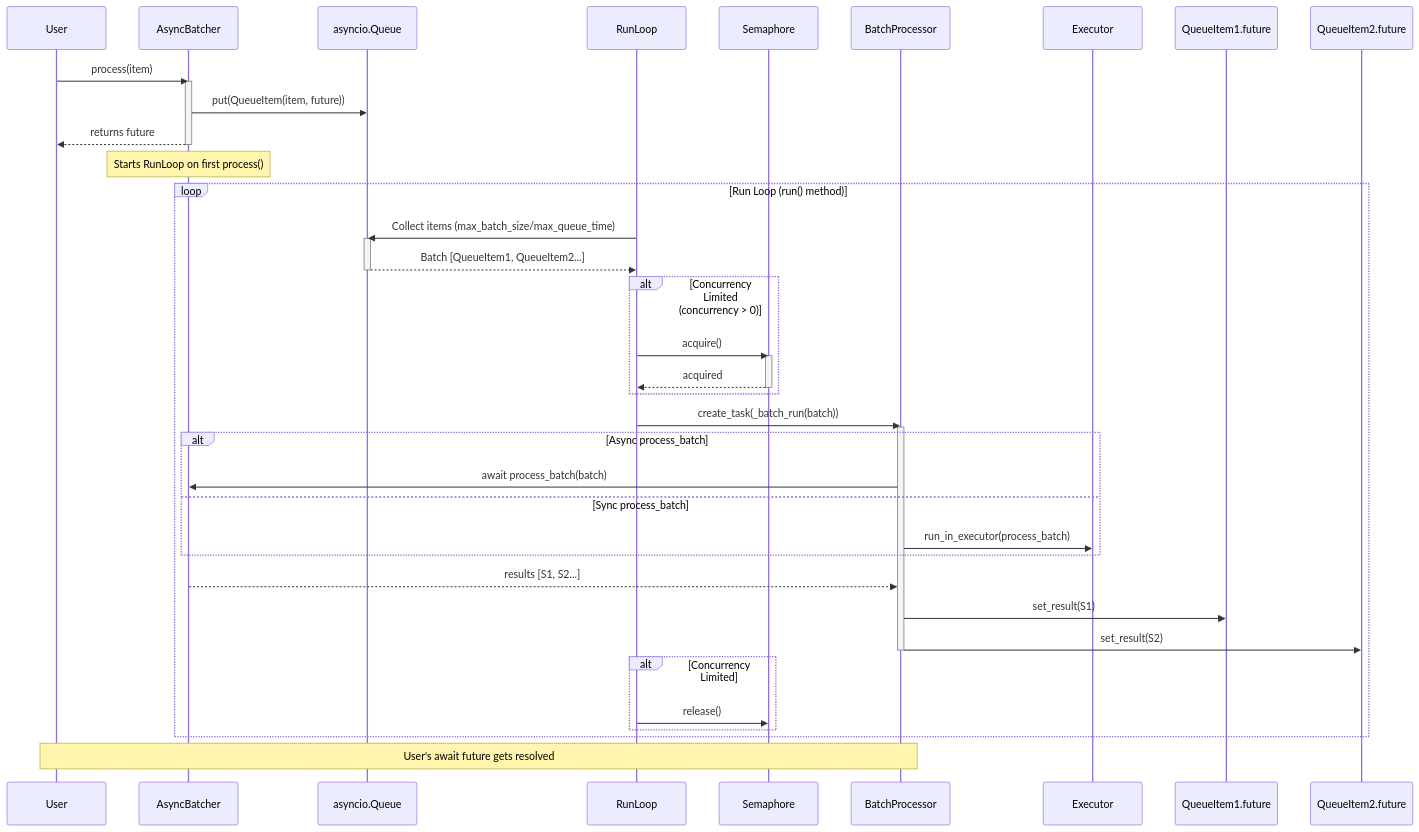
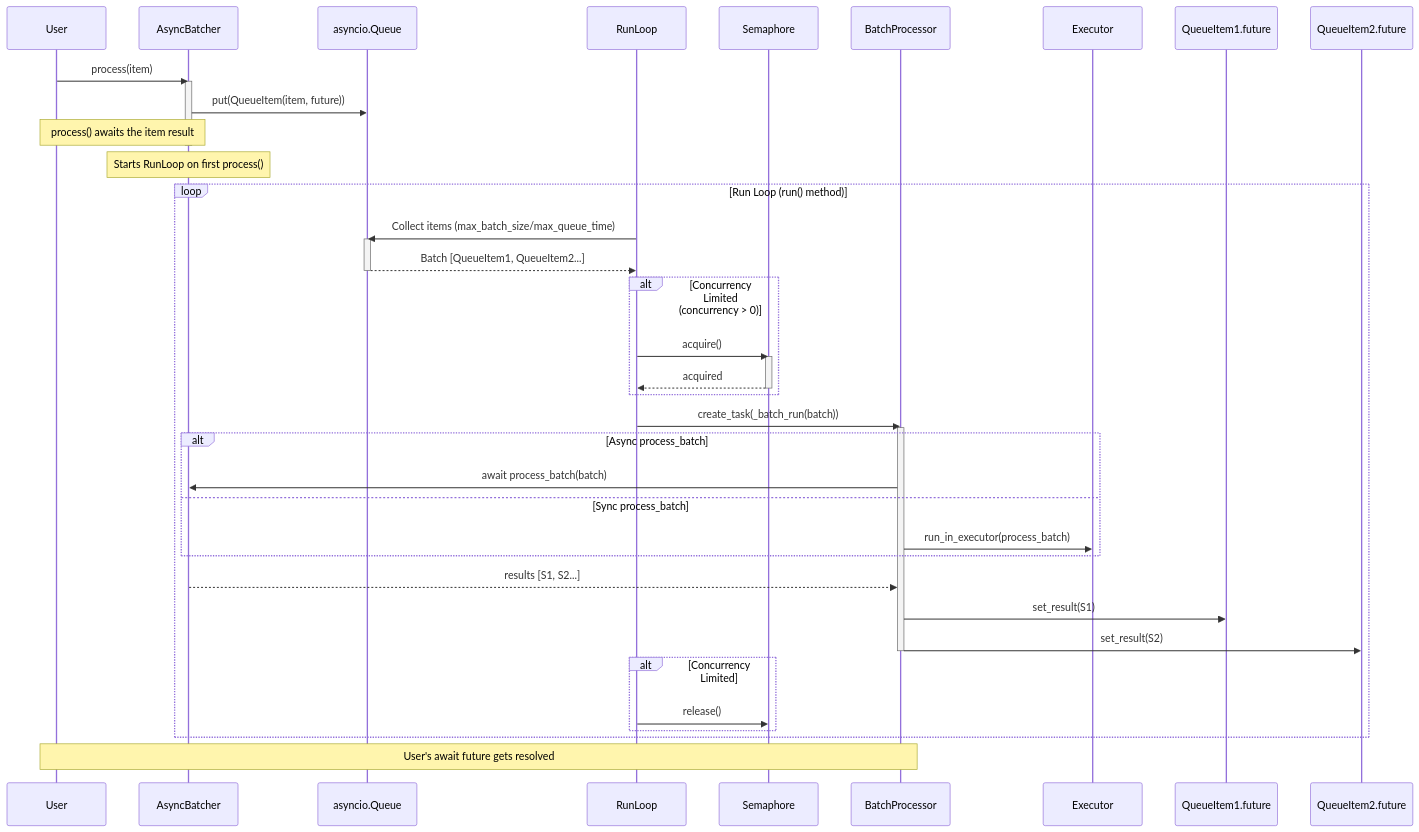
One commit to hussein-awala/async-batcher changed the diagram in README.md. Above: the diagram before and after it, drawn with Mermaid. The commit also changed other lines of this file and 2 other files, not shown here.

````diff
--- a/README.md
+++ b/README.md
@@ -42,51 +49,51 @@
 ```mermaid
 sequenceDiagram
     participant User
     participant AsyncBatcher
     participant Queue as asyncio.Queue
     participant RunLoop
     participant Semaphore
     participant BatchProcessor
 
     User->>AsyncBatcher: process(item)
     activate AsyncBatcher
     AsyncBatcher->>Queue: put(QueueItem(item, future))
-    AsyncBatcher-->>User: returns future
+    Note over User,AsyncBatcher: process() awaits the item result
     deactivate AsyncBatcher
 
     Note over AsyncBatcher: Starts RunLoop on first process()
 
     loop Run Loop (run() method)
         RunLoop->>Queue: Collect items (max_batch_size/max_queue_time)
         activate Queue
         Queue-->>RunLoop: Batch [QueueItem1, QueueItem2...]
         deactivate Queue
 
         alt Concurrency Limited (concurrency > 0)
             RunLoop->>Semaphore: acquire()
             activate Semaphore
             Semaphore-->>RunLoop: acquired
             deactivate Semaphore
         end
 
         RunLoop->>BatchProcessor: create_task(_batch_run(batch))
         activate BatchProcessor
 
         alt Async process_batch
             BatchProcessor->>AsyncBatcher: await process_batch(batch)
         else Sync process_batch
             BatchProcessor->>Executor: run_in_executor(process_batch)
         end
 
         AsyncBatcher-->>BatchProcessor: results [S1, S2...]
         BatchProcessor->>QueueItem1.future: set_result(S1)
         BatchProcessor->>QueueItem2.future: set_result(S2)
         deactivate BatchProcessor
 
         alt Concurrency Limited
             RunLoop->>Semaphore: release()
         end
     end
 
     Note over User, BatchProcessor: User's await future gets resolved
 ```
````
